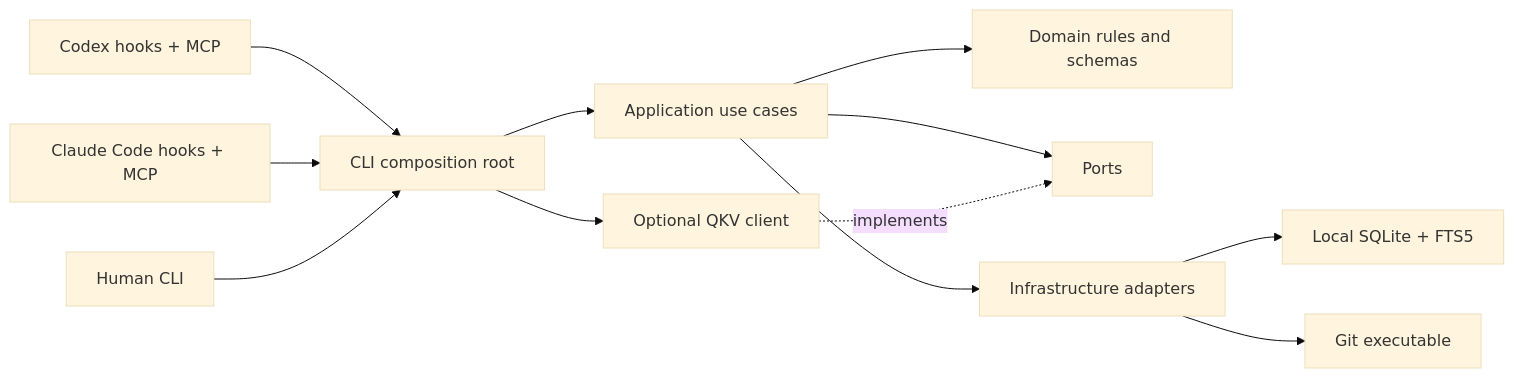
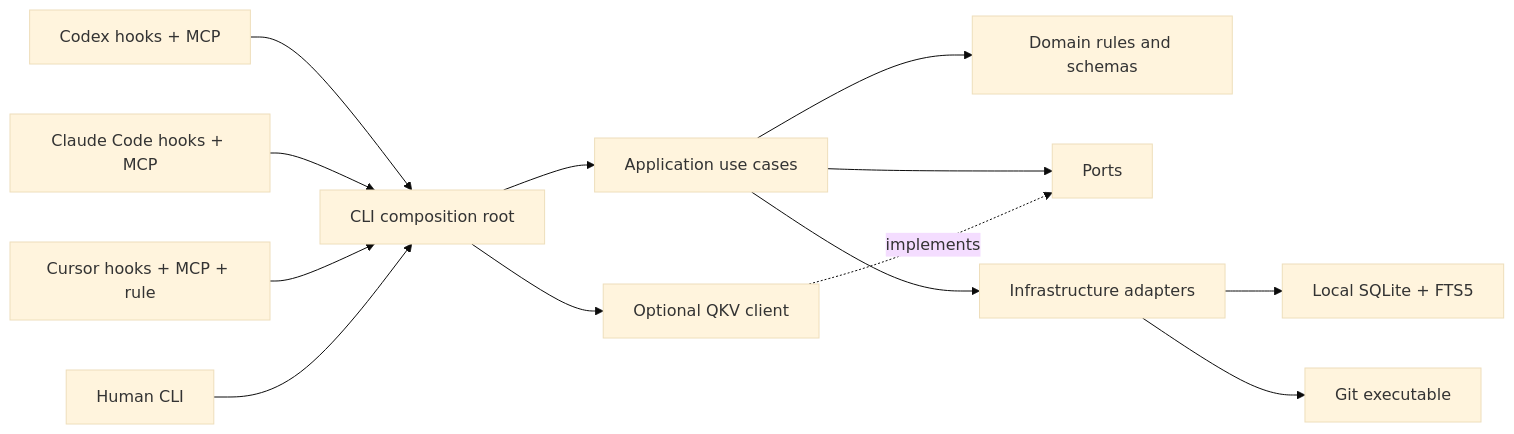
Before and after one commit to BreadBowlAI/bb-code: the first of 2 diagrams in docs/ARCHITECTURE.md, drawn with Mermaid (base theme). The commit also changed other lines of this file and 58 other files, not shown here.

````diff
--- a/docs/ARCHITECTURE.md
+++ b/docs/ARCHITECTURE.md
@@ -5,15 +5,16 @@
 ```mermaid
 flowchart LR
   Codex["Codex hooks + MCP"] --> CLI["CLI composition root"]
   Claude["Claude Code hooks + MCP"] --> CLI
+  Cursor["Cursor hooks + MCP + rule"] --> CLI
   Human["Human CLI"] --> CLI
 
   CLI --> Application["Application use cases"]
   Application --> Domain["Domain rules and schemas"]
   Application --> Ports["Ports"]
   Application --> Infrastructure["Infrastructure adapters"]
   Infrastructure --> SQLite["Local SQLite + FTS5"]
   Infrastructure --> Git["Git executable"]
   CLI --> QKV["Optional QKV client"]
   QKV -. implements .-> Ports
 ```
````
